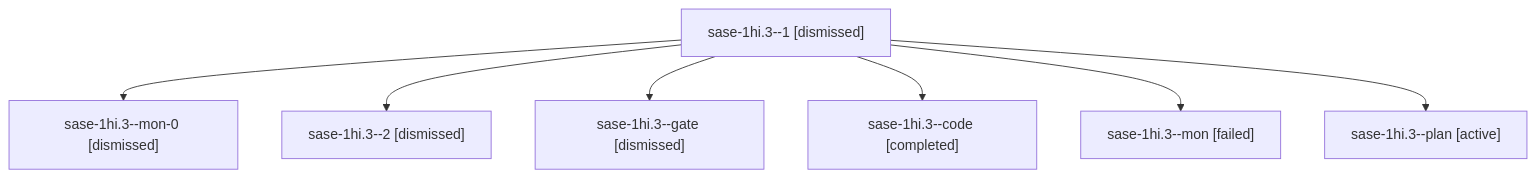
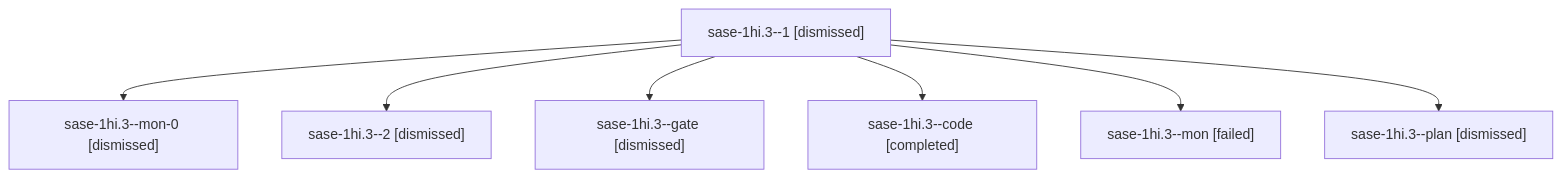
Before and after one commit to sase-org/sase--agents: the diagram in sessions/bbugyi200.apollo.sase-1hi.3.md, drawn with Mermaid. The commit also changed other lines of this file and 231 other files, not shown here.

````diff
--- a/sessions/bbugyi200.apollo.sase-1hi.3.md
+++ b/sessions/bbugyi200.apollo.sase-1hi.3.md
@@ -9,16 +9,16 @@
 ```mermaid
 flowchart TD
   n0["sase-1hi.3--1 [dismissed]"]
   n1["sase-1hi.3--mon-0 [dismissed]"]
   n0 --> n1
   n2["sase-1hi.3--2 [dismissed]"]
   n0 --> n2
   n3["sase-1hi.3--gate [dismissed]"]
   n0 --> n3
   n4["sase-1hi.3--code [completed]"]
   n0 --> n4
   n5["sase-1hi.3--mon [failed]"]
   n0 --> n5
-  n6["sase-1hi.3--plan [active]"]
+  n6["sase-1hi.3--plan [dismissed]"]
   n0 --> n6
 ```
````
